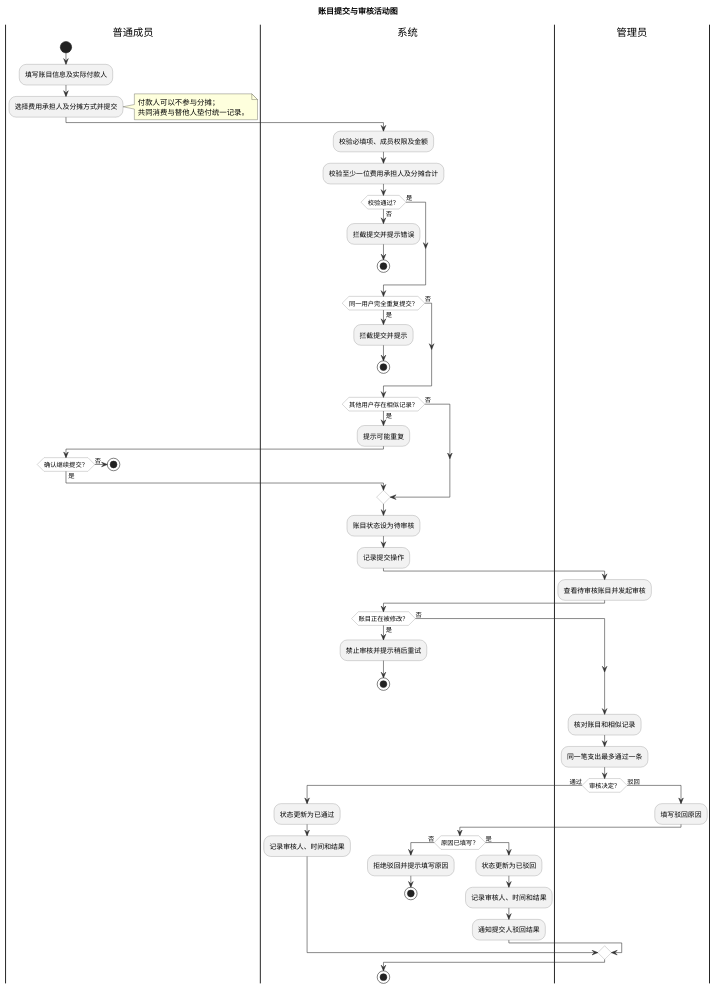
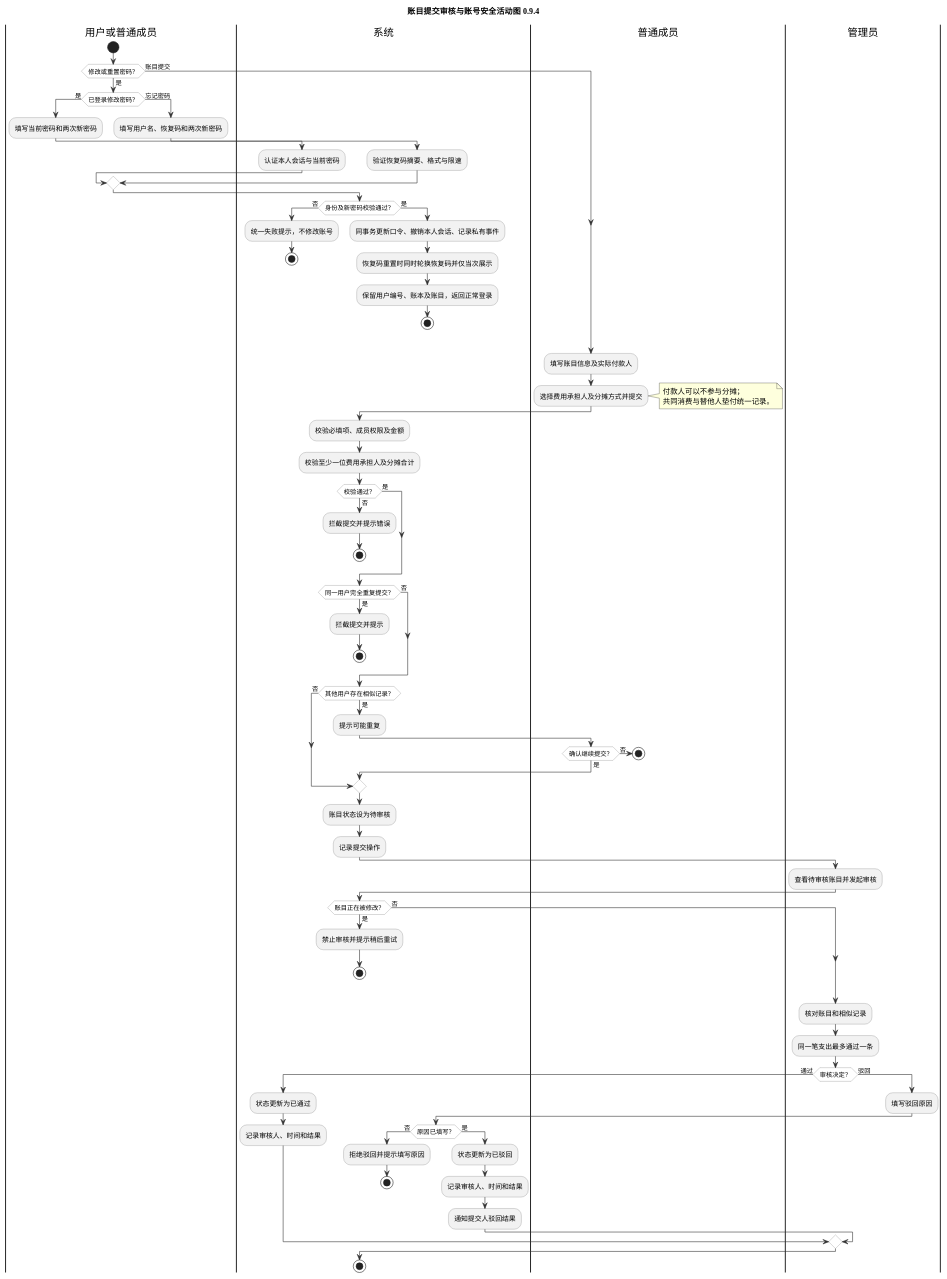
One commit to mengluoxingchen/SoftwareProject-lab1 changed the diagram in lab3/UML/UML活动图.puml. Above: the diagram before and after it, drawn with PlantUML. The commit also changed 27 other files, not shown here.

```diff
--- a/lab3/UML/UML活动图.puml
+++ b/lab3/UML/UML活动图.puml
@@ -1,73 +1,96 @@
 @startuml
 skinparam backgroundColor white
 skinparam shadowing false
 skinparam defaultFontName Microsoft YaHei
 skinparam activityBackgroundColor #F2F2F2
 skinparam activityBorderColor #777777
 skinparam ArrowColor #333333
 skinparam activityDiamondBackgroundColor #FFFFFF
 skinparam activityDiamondBorderColor #777777
-title 账目提交与审核活动图
+title 账目提交审核与账号安全活动图 0.9.4
+|用户或普通成员|
+start
+if (修改或重置密码？) then (是)
+  if (已登录修改密码？) then (是)
+    :填写当前密码和两次新密码;
+    |系统|
+    :认证本人会话与当前密码;
+  else (忘记密码)
+    |用户或普通成员|
+    :填写用户名、恢复码和两次新密码;
+    |系统|
+    :验证恢复码摘要、格式与限速;
+  endif
+  if (身份及新密码校验通过？) then (否)
+    :统一失败提示，不修改账号;
+    stop
+  else (是)
+    :同事务更新口令、撤销本人会话、记录私有事件;
+    :恢复码重置时同时轮换恢复码并仅当次展示;
+    :保留用户编号、账本及账目，返回正常登录;
+    stop
+  endif
+else (账目提交)
+endif
 |普通成员|
-start
 :填写账目信息及实际付款人;
 :选择费用承担人及分摊方式并提交;
 note right
   付款人可以不参与分摊；
   共同消费与替他人垫付统一记录。
 end note
 |系统|
 :校验必填项、成员权限及金额;
 :校验至少一位费用承担人及分摊合计;
 if (校验通过？) then (否)
   :拦截提交并提示错误;
   stop
 else (是)
 endif
 if (同一用户完全重复提交？) then (是)
   :拦截提交并提示;
   stop
 else (否)
 endif
 if (其他用户存在相似记录？) then (是)
   :提示可能重复;
   |普通成员|
   if (确认继续提交？) then (否)
     stop
   else (是)
   endif
   |系统|
 else (否)
 endif
 :账目状态设为待审核;
 :记录提交操作;
 |管理员|
 :查看待审核账目并发起审核;
 |系统|
 if (账目正在被修改？) then (是)
   :禁止审核并提示稍后重试;
   stop
 else (否)
 endif
 |管理员|
 :核对账目和相似记录;
 :同一笔支出最多通过一条;
 if (审核决定？) then (通过)
   |系统|
   :状态更新为已通过;
   :记录审核人、时间和结果;
 else (驳回)
   |管理员|
   :填写驳回原因;
   |系统|
   if (原因已填写？) then (否)
     :拒绝驳回并提示填写原因;
     stop
   else (是)
     :状态更新为已驳回;
     :记录审核人、时间和结果;
     :通知提交人驳回结果;
   endif
 endif
 stop
 @enduml
```
